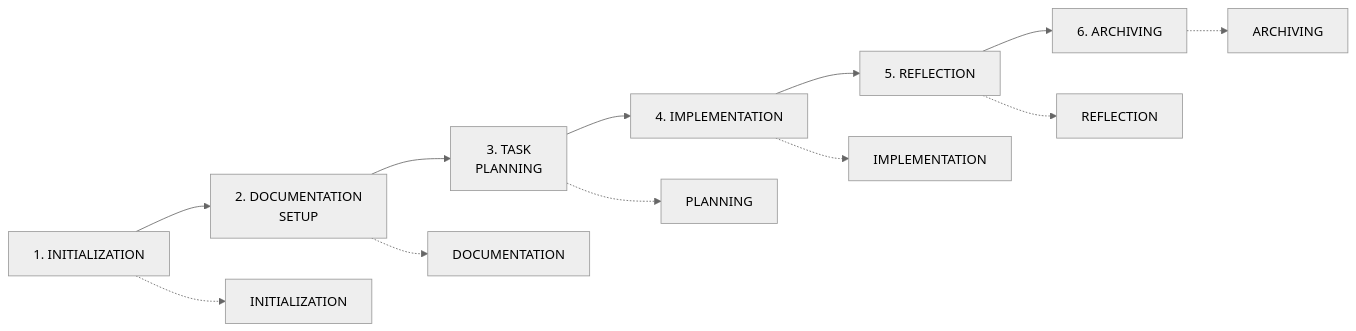
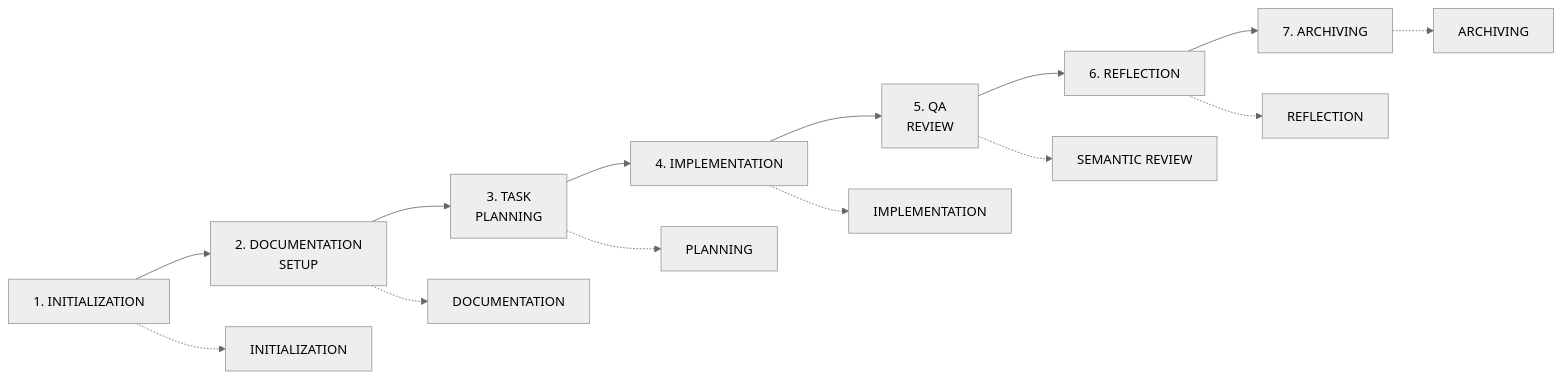
The first of 10 diagrams in rulesets/niko/niko/Level2/workflow-level2.mdc (Texarkanine/.cursor-rules), drawn with Mermaid (neutral theme) before and after one commit. The commit also changed other lines of this file and 22 other files, not shown here.

````diff
--- a/rulesets/niko/niko/Level2/workflow-level2.mdc
+++ b/rulesets/niko/niko/Level2/workflow-level2.mdc
@@ -12,16 +12,18 @@
 ```mermaid
 graph LR
     Init["1. INITIALIZATION"] --> Doc["2. DOCUMENTATION<br>SETUP"]
     Doc --> Plan["3. TASK<br>PLANNING"]
     Plan --> Impl["4. IMPLEMENTATION"]
-    Impl --> Reflect["5. REFLECTION"]
-    Reflect --> Archive["6. ARCHIVING"]
-    
+    Impl --> QA["5. QA<br>REVIEW"]
+    QA --> Reflect["6. REFLECTION"]
+    Reflect --> Archive["7. ARCHIVING"]
+
     %% Document connections for each phase
     Init -.-> InitDocs["INITIALIZATION"]
     Doc -.-> DocDocs["DOCUMENTATION"]
     Plan -.-> PlanDocs["PLANNING"]
     Impl -.-> ImplDocs["IMPLEMENTATION"]
+    QA -.-> QADocs["SEMANTIC REVIEW"]
     Reflect -.-> ReflectDocs["REFLECTION"]
     Archive -.-> ArchiveDocs["ARCHIVING"]
 ```
````
